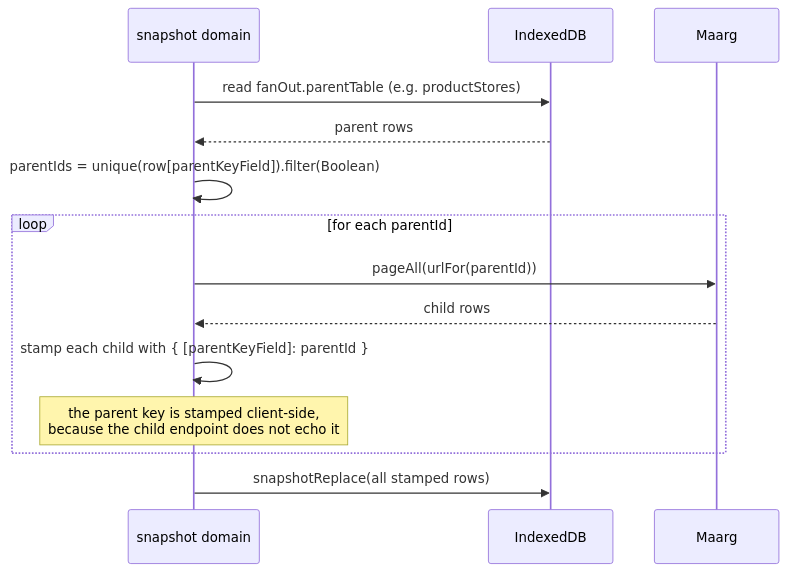
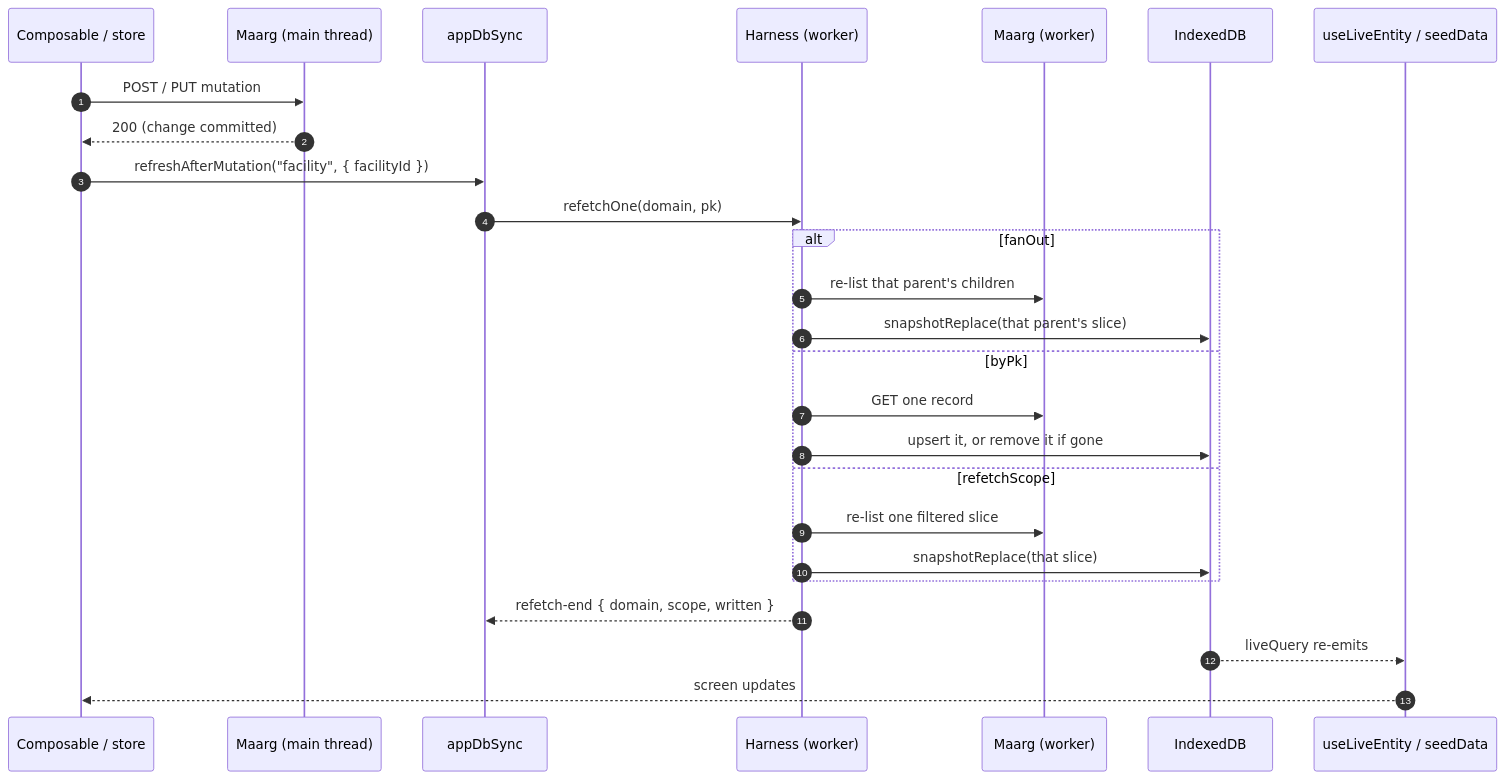
One commit to hotwax/accxui changed the seventh of 9 diagrams in docs/APP_DB_SYNC_FLOWS.md. Above: the diagram before and after it, drawn with Mermaid. The commit also changed other lines of this file and 2 other files, not shown here.

Commit message:
Improved: Rewrote the app database docs as short, diagram-led guides for a generic APP.

````diff
--- a/docs/APP_DB_SYNC_FLOWS.md
+++ b/docs/APP_DB_SYNC_FLOWS.md
@@ -551,17 +220,29 @@
 ```mermaid
 sequenceDiagram
-    participant D as snapshot domain
+    autonumber
+    participant V as Composable / store
+    participant API as Maarg (main thread)
+    participant SAS as appDbSync
+    participant H as Harness (worker)
+    participant WAPI as Maarg (worker)
     participant DB as IndexedDB
-    participant API as Maarg
+    participant L as useLiveEntity / seedData
 
-    D->>DB: read fanOut.parentTable (e.g. productStores)
-    DB-->>D: parent rows
-    D->>D: parentIds = unique(row[parentKeyField]).filter(Boolean)
-    loop for each parentId
-        D->>API: pageAll(urlFor(parentId))
-        API-->>D: child rows
-        D->>D: stamp each child with { [parentKeyField]: parentId }
-        Note over D: the parent key is stamped client-side,<br/>because the child endpoint does not echo it
+    V->>API: POST / PUT mutation
+    API-->>V: 200 (change committed)
+    V->>SAS: refreshAfterMutation("facility", { facilityId })
+    SAS->>H: refetchOne(domain, pk)
+    alt fanOut
+        H->>WAPI: re-list that parent's children
+        H->>DB: snapshotReplace(that parent's slice)
+    else byPk
+        H->>WAPI: GET one record
+        H->>DB: upsert it, or remove it if gone
+    else refetchScope
+        H->>WAPI: re-list one filtered slice
+        H->>DB: snapshotReplace(that slice)
     end
-    D->>DB: snapshotReplace(all stamped rows)
+    H-->>SAS: refetch-end { domain, scope, written }
+    DB-->>L: liveQuery re-emits
+    L-->>V: screen updates
 ```
````
